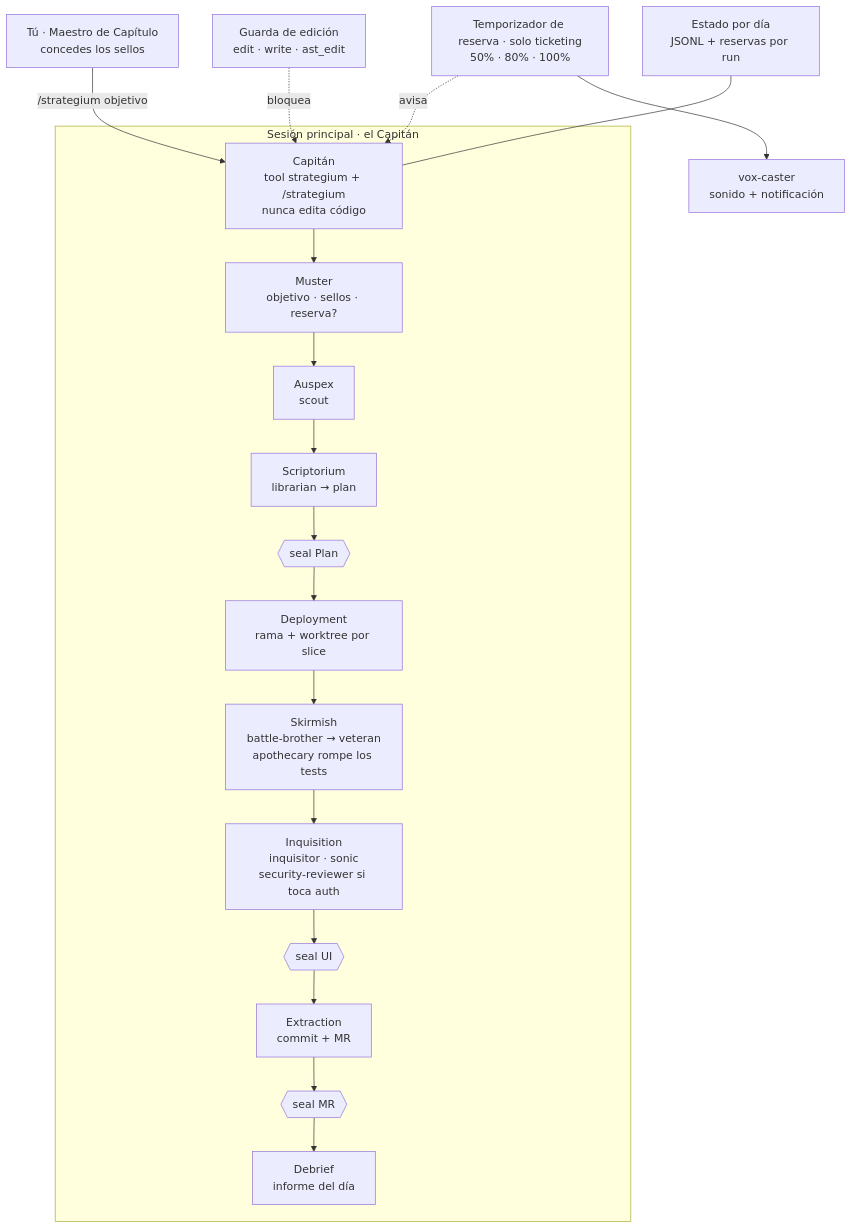
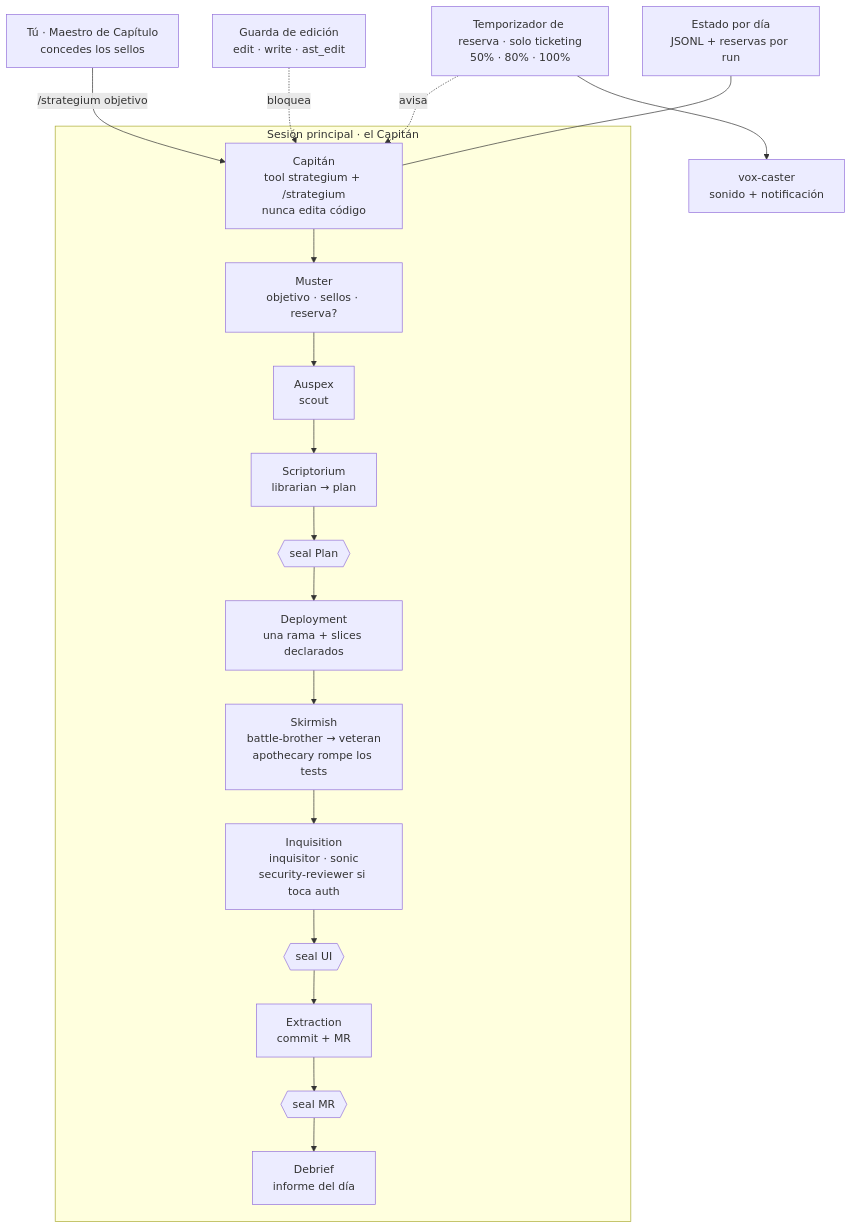
The diagram in README.es.md (frandev94/strategium), drawn with Mermaid before and after one commit. The commit also changed other lines of this file and 8 other files, not shown here.

````diff
--- a/README.es.md
+++ b/README.es.md
@@ -33,22 +33,22 @@
 ```mermaid
 flowchart TB
   U["Tú · Maestro de Capítulo<br/>concedes los sellos"] -->|"/strategium objetivo"| C
   subgraph run["Sesión principal · el Capitán"]
     C["Capitán<br/>tool strategium + /strategium<br/>nunca edita código"]
     C --> M["Muster<br/>objetivo · sellos · reserva?"]
     M --> A["Auspex<br/>scout"]
     A --> B["Scriptorium<br/>librarian → plan"]
     B --> S1{{"seal Plan"}}
-    S1 --> D["Deployment<br/>rama + worktree por slice"]
+    S1 --> D["Deployment<br/>una rama + slices declarados"]
     D --> E["Skirmish<br/>battle-brother → veteran<br/>apothecary rompe los tests"]
     E --> I["Inquisition<br/>inquisitor · sonic<br/>security-reviewer si toca auth"]
     I --> S2{{"seal UI"}}
     S2 --> X["Extraction<br/>commit + MR"]
     X --> S3{{"seal MR"}}
     S3 --> F["Debrief<br/>informe del día"]
   end
   T["Temporizador de reserva · solo ticketing<br/>50% · 80% · 100%"] -.->|avisa| C
   T --> V["vox-caster<br/>sonido + notificación"]
   G["Guarda de edición<br/>edit · write · ast_edit"] -.->|bloquea| C
   R["Estado por día<br/>JSONL + reservas por run"] --- C
 ```
````
